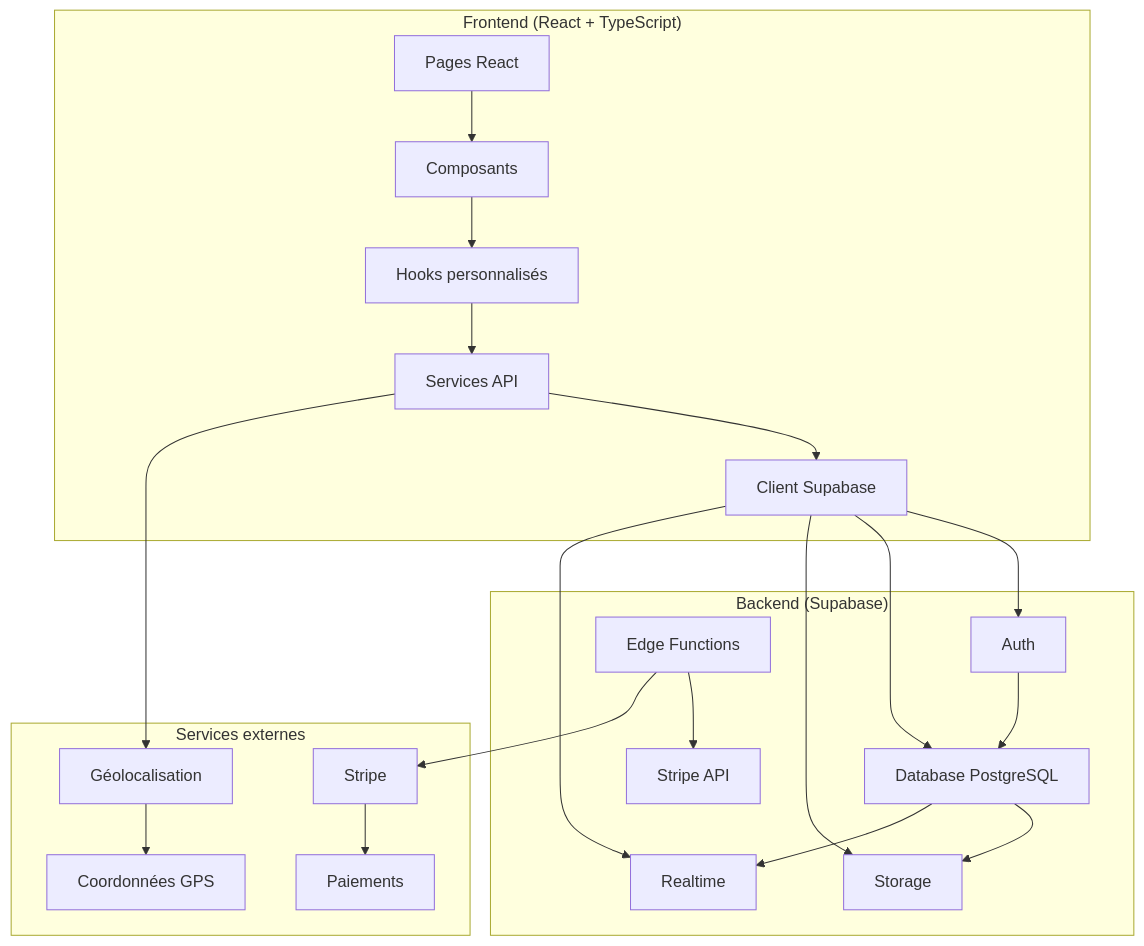
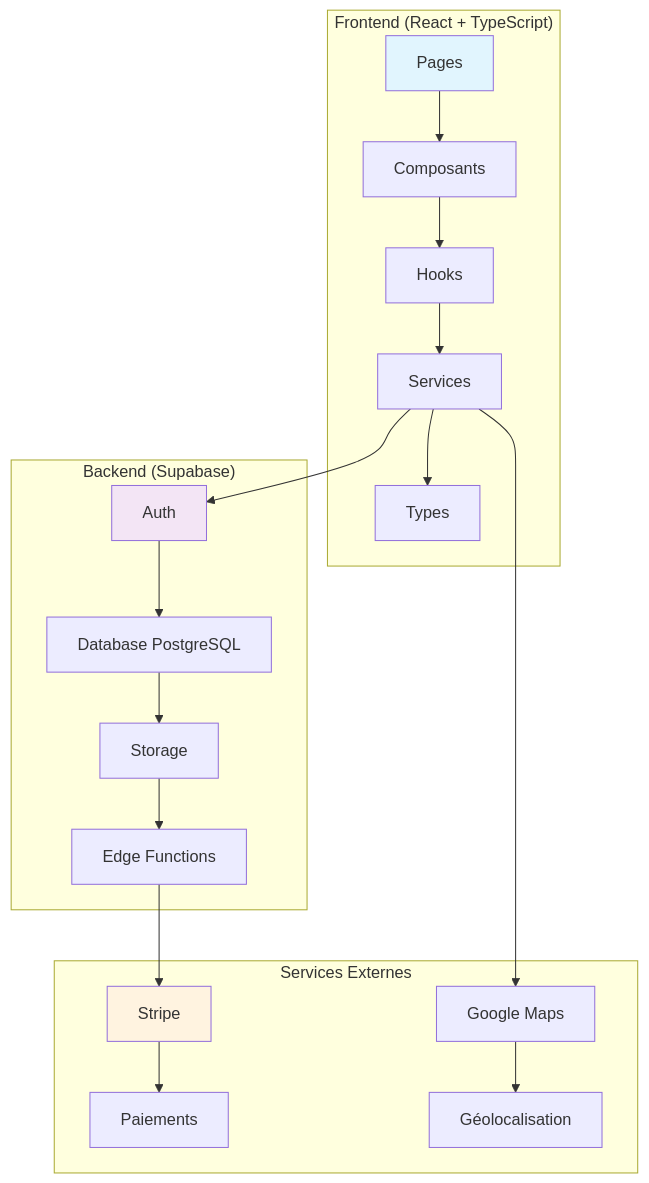
Before and after one commit to moonback/NeuroLoc-v3: the first of 5 diagrams in ARCHITECTURE.md, drawn with Mermaid. The commit also changed other lines of this file and 7 other files, not shown here.

````diff
--- a/ARCHITECTURE.md
+++ b/ARCHITECTURE.md
@@ -9,28 +9,28 @@
 ```mermaid
 graph TB
     subgraph "Frontend (React + TypeScript)"
-        A[Pages React] --> B[Composants]
-        B --> C[Hooks personnalisés]
-        C --> D[Services API]
-        D --> E[Client Supabase]
+        A[Pages] --> B[Composants]
+        B --> C[Hooks]
+        C --> D[Services]
+        D --> E[Types]
     end
     
     subgraph "Backend (Supabase)"
         F[Auth] --> G[Database PostgreSQL]
         G --> H[Storage]
-        G --> I[Realtime]
-        J[Edge Functions] --> K[Stripe API]
+        H --> I[Edge Functions]
     end
     
-    subgraph "Services externes"
-        L[Stripe] --> M[Paiements]
-        N[Géolocalisation] --> O[Coordonnées GPS]
+    subgraph "Services Externes"
+        J[Stripe] --> K[Paiements]
+        L[Google Maps] --> M[Géolocalisation]
     end
     
-    E --> F
-    E --> G
-    E --> H
-    E --> I
-    J --> L
-    D --> N
+    D --> F
+    I --> J
+    D --> L
+    
+    style A fill:#e1f5fe
+    style F fill:#f3e5f5
+    style J fill:#fff3e0
 ```
````
